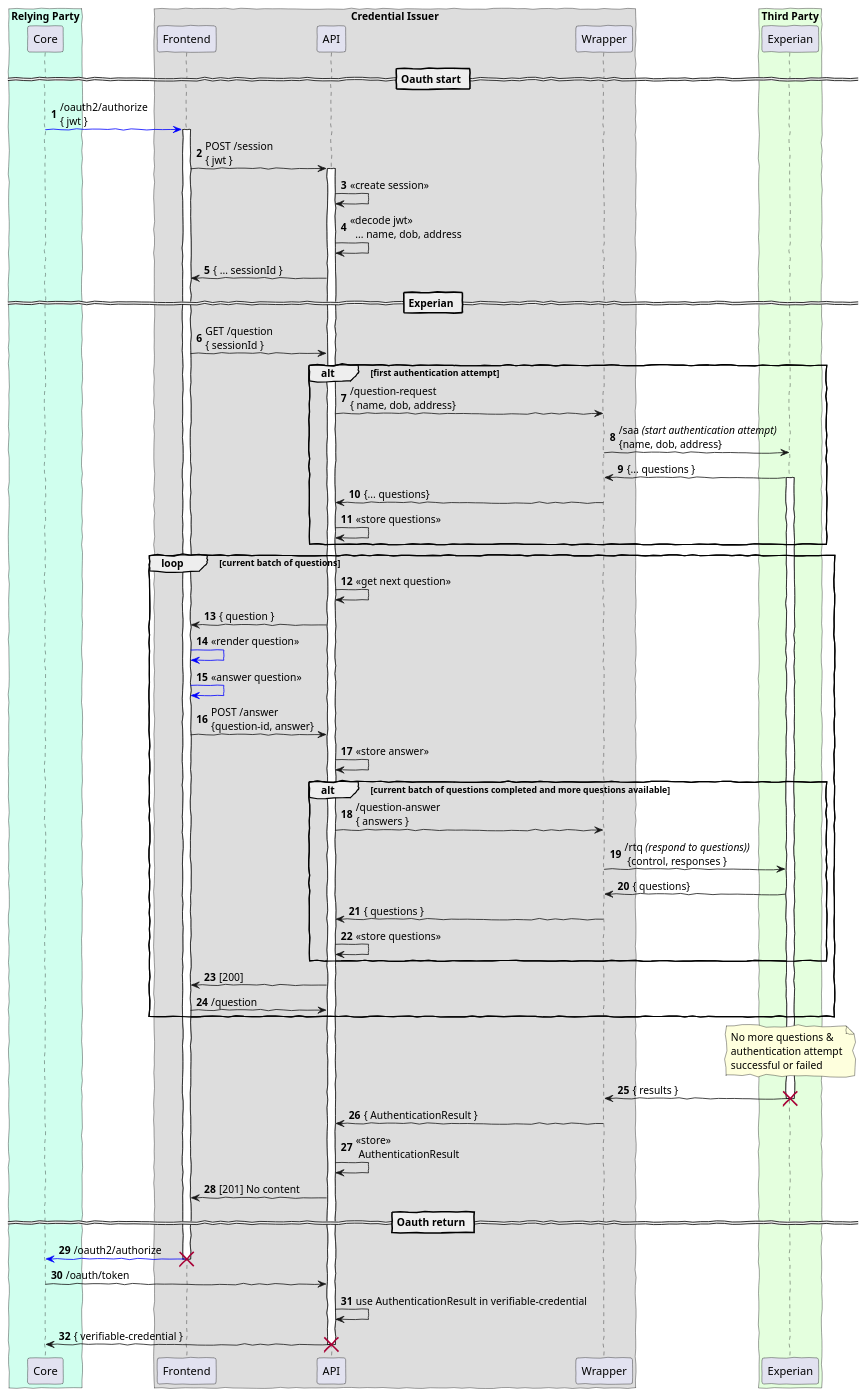
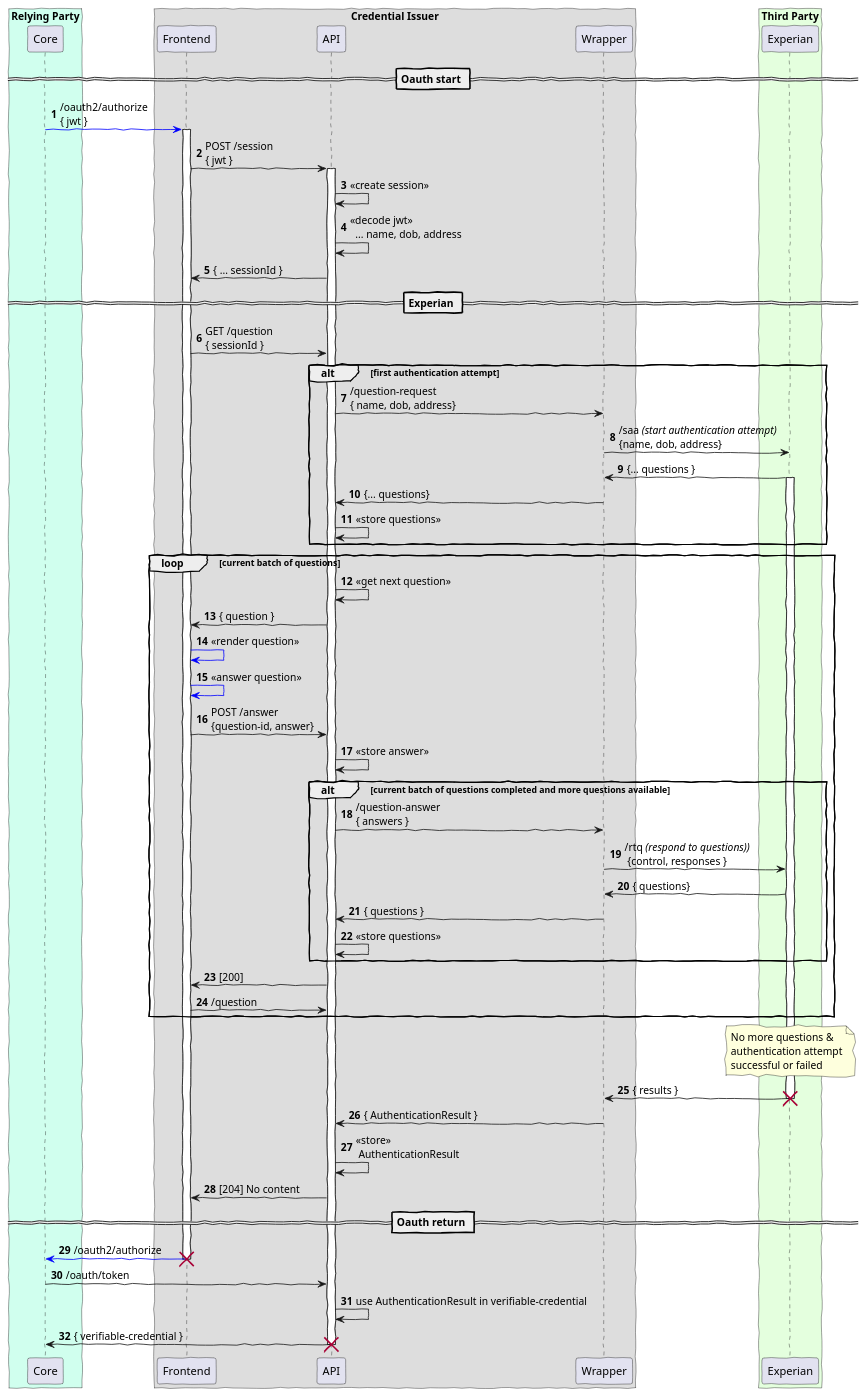
Before and after one commit to govuk-one-login/ipv-cri-kbv-api: the diagram in doc/api.puml, drawn with PlantUML.

Commit message:
Corrected status code at point 28 to 204

```diff
--- a/doc/api.puml
+++ b/doc/api.puml
@@ -1,105 +1,105 @@
 @startuml
 'https://plantuml.com/sequence-diagram
 
 autonumber
 skinparam backgroundColor #ffffff
 skinparam handwritten true
 
 'actor User
 box "Relying Party" #d0ffee
 participant Core as core
 end box
 
 box "Credential Issuer"
 participant Frontend as fe
 
 participant API as api
 participant Wrapper as wrapper
 end box
 
 box "Third Party" #e4ffde
 participant Experian as experian
 end box
 == Oauth start ==
 
 core -[#blue]> fe : /oauth2/authorize\n{ jwt }
 activate fe
 
 fe -> api: POST /session\n{ jwt }
 activate api
 
 api -> api: << create session >>
 api -> api: << decode jwt >>\n  ... name, dob, address
 
 api -> fe: { ... sessionId }
 == Experian ==
 
 
 fe -> api: GET /question\n{ sessionId }
 
 alt first authentication attempt
     api -> wrapper: /question-request \n{ name, dob, address}
     wrapper -> experian: /saa //(start authentication attempt)//\n{name, dob, address}
 wrapper <- experian: {... questions }
 activate experian
 wrapper -> api: {... questions}
 
 api -> api: << store questions >>
 
 end
 
 loop current batch of questions
     api -> api: << get next question >>
 
     fe <- api: { question }
     fe -[#blue]> fe: << render question >>
     fe -[#blue]> fe: << answer question >>
 
 
     fe -> api: POST /answer\n{question-id, answer}
     api -> api: << store answer >>
 
 '    fe -> api: POST /answer\n{question-id, answer}
 '    api -> api: << store answer >>
 
     alt current batch of questions completed and more questions available
 '        fe -> api: POST /answer\n{question-id, answer}
 '        api -> api: << store answer >>
 
         api -> wrapper: /question-answer \n{ answers }
         wrapper -> experian: /rtq //(respond to questions))//\n {control, responses }
         experian -> wrapper: { questions}
         wrapper -> api: { questions }
         api -> api: << store questions >>
 
 
     end
         api -> fe: [200]
         fe -> api: /question
 
 end
 
 
 
 
 note over experian: No more questions &\nauthentication attempt\nsuccessful or failed
 
 experian -> wrapper: { results }
 destroy experian
 
 wrapper -> api: { AuthenticationResult }
 api -> api : << store >>\n AuthenticationResult
 
-api -> fe: [201] No content
+api -> fe: [204] No content
 
 == Oauth return ==
 core <[#blue]- fe: /oauth2/authorize
 destroy fe
 
 core -> api: /oauth/token
 api -> api: use AuthenticationResult in verifiable-credential
 core <- api: { verifiable-credential }
 
 
 destroy api
 @enduml
```
